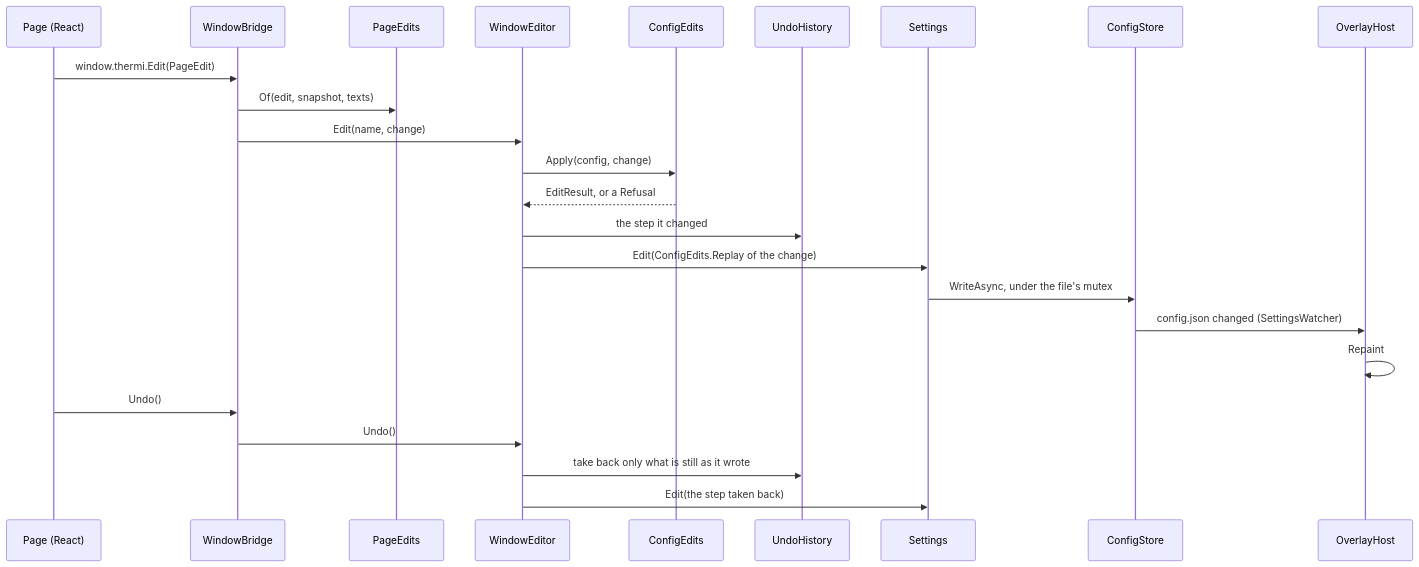
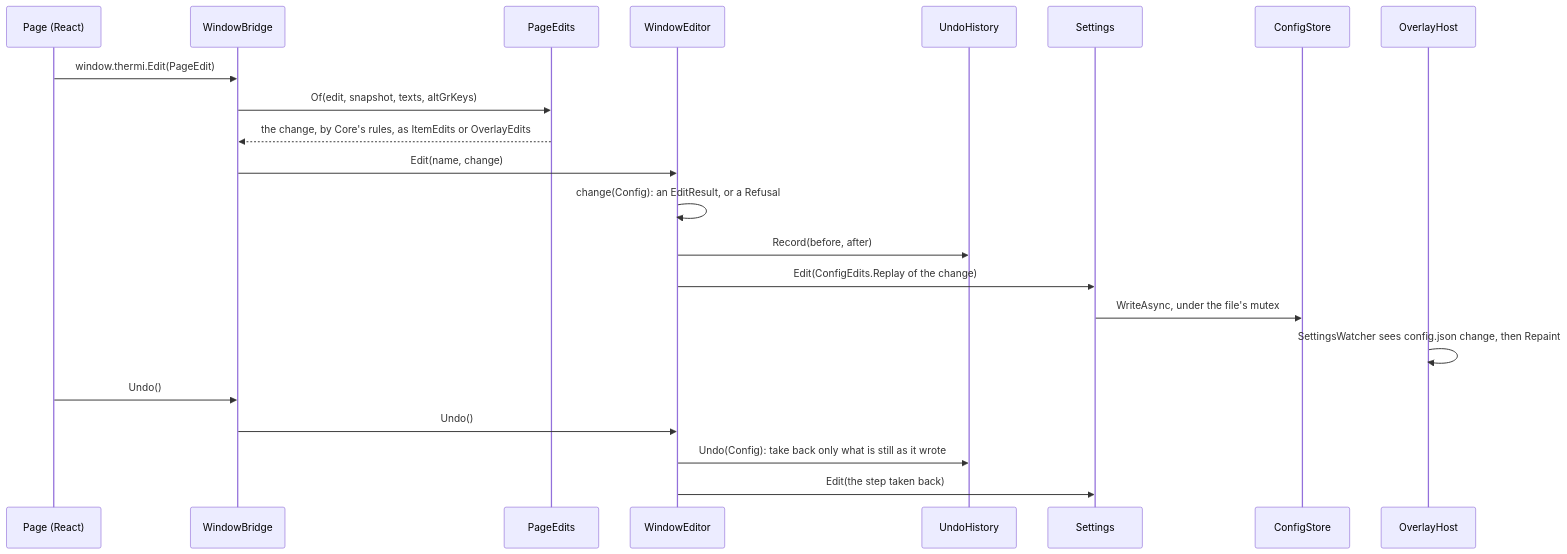
Before and after one commit to claudiopi/thermi: the second of 4 diagrams in docs/ARCHITECTURE.md, drawn with Mermaid. The commit also changed other lines of this file, not shown here.

First line of the commit message:
docs: the architecture's diagrams draw each call from the caller to the callee, as the code makes it

````diff
--- a/docs/ARCHITECTURE.md
+++ b/docs/ARCHITECTURE.md
@@ -70,26 +51,24 @@
 ```mermaid
 sequenceDiagram
     participant Page as Page (React)
     participant Bridge as WindowBridge
     participant Edits as PageEdits
     participant Editor as WindowEditor
-    participant Gate as ConfigEdits
     participant Undo as UndoHistory
     participant Settings as Settings
     participant Store as ConfigStore
     participant Overlay as OverlayHost
     Page->>Bridge: window.thermi.Edit(PageEdit)
-    Bridge->>Edits: Of(edit, snapshot, texts)
+    Bridge->>Edits: Of(edit, snapshot, texts, altGrKeys)
+    Edits-->>Bridge: the change, by Core's rules, as ItemEdits or OverlayEdits
     Bridge->>Editor: Edit(name, change)
-    Editor->>Gate: Apply(config, change)
-    Gate-->>Editor: EditResult, or a Refusal
-    Editor->>Undo: the step it changed
+    Editor->>Editor: change(Config): an EditResult, or a Refusal
+    Editor->>Undo: Record(before, after)
     Editor->>Settings: Edit(ConfigEdits.Replay of the change)
     Settings->>Store: WriteAsync, under the file's mutex
-    Store->>Overlay: config.json changed (SettingsWatcher)
-    Overlay->>Overlay: Repaint
+    Overlay->>Overlay: SettingsWatcher sees config.json change, then Repaint
     Page->>Bridge: Undo()
     Bridge->>Editor: Undo()
-    Editor->>Undo: take back only what is still as it wrote
+    Editor->>Undo: Undo(Config): take back only what is still as it wrote
     Editor->>Settings: Edit(the step taken back)
 ```
````
